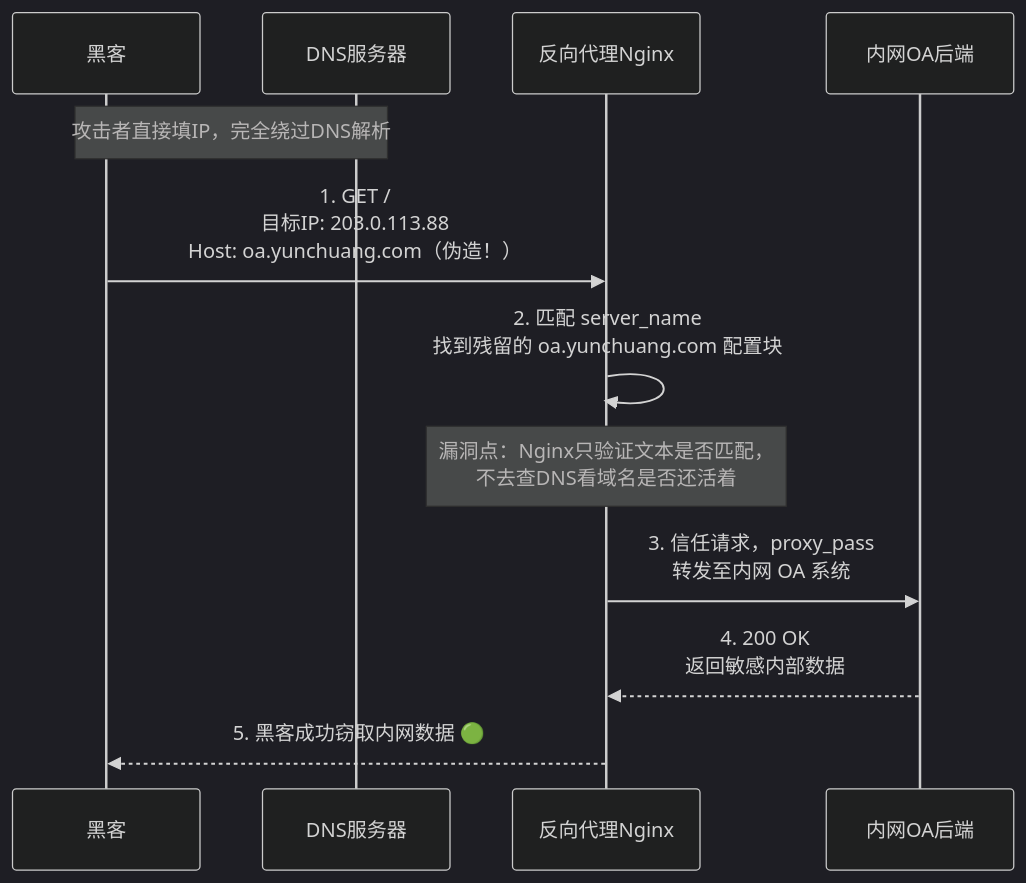
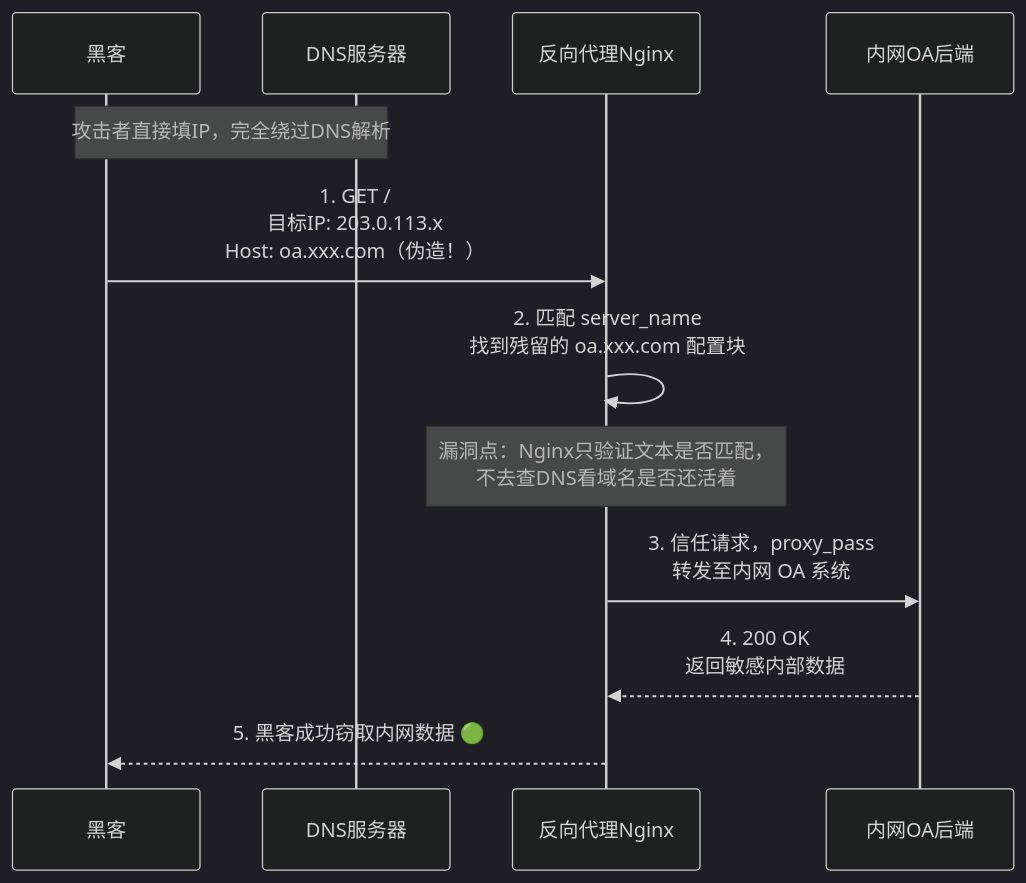
The third of 3 diagrams in src/perm/Host碰撞攻击原理与实战场景分析.md (youze27/blog), drawn with Mermaid (dark theme) before and after one commit. The commit also changed other lines of this file, not shown here.

````diff
--- a/src/perm/Host碰撞攻击原理与实战场景分析.md
+++ b/src/perm/Host碰撞攻击原理与实战场景分析.md
@@ -79,15 +79,15 @@
 ```mermaid
 sequenceDiagram
     participant 黑客
     participant DNS服务器
     participant 反向代理Nginx
     participant 内网OA后端
 
     Note over 黑客,DNS服务器: 攻击者直接填IP，完全绕过DNS解析
-    黑客->>反向代理Nginx: 1. GET /<br/>目标IP: 203.0.113.88<br/>Host: oa.yunchuang.com（伪造！）
-    反向代理Nginx->>反向代理Nginx: 2. 匹配 server_name<br/>找到残留的 oa.yunchuang.com 配置块
+    黑客->>反向代理Nginx: 1. GET /<br/>目标IP: 203.0.113.x<br/>Host: oa.xxx.com（伪造！）
+    反向代理Nginx->>反向代理Nginx: 2. 匹配 server_name<br/>找到残留的 oa.xxx.com 配置块
     Note over 反向代理Nginx: 漏洞点：Nginx只验证文本是否匹配，<br/>不去查DNS看域名是否还活着
     反向代理Nginx->>内网OA后端: 3. 信任请求，proxy_pass<br/>转发至内网 OA 系统
     内网OA后端-->>反向代理Nginx: 4. 200 OK<br/>返回敏感内部数据
     反向代理Nginx-->>黑客: 5. 黑客成功窃取内网数据 🟢
 ```
````
